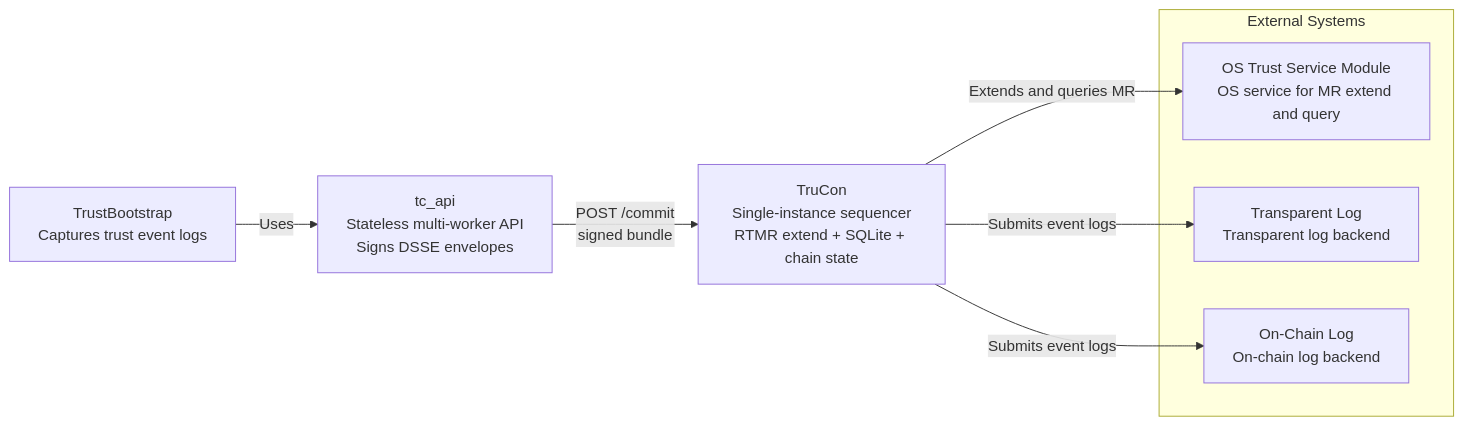
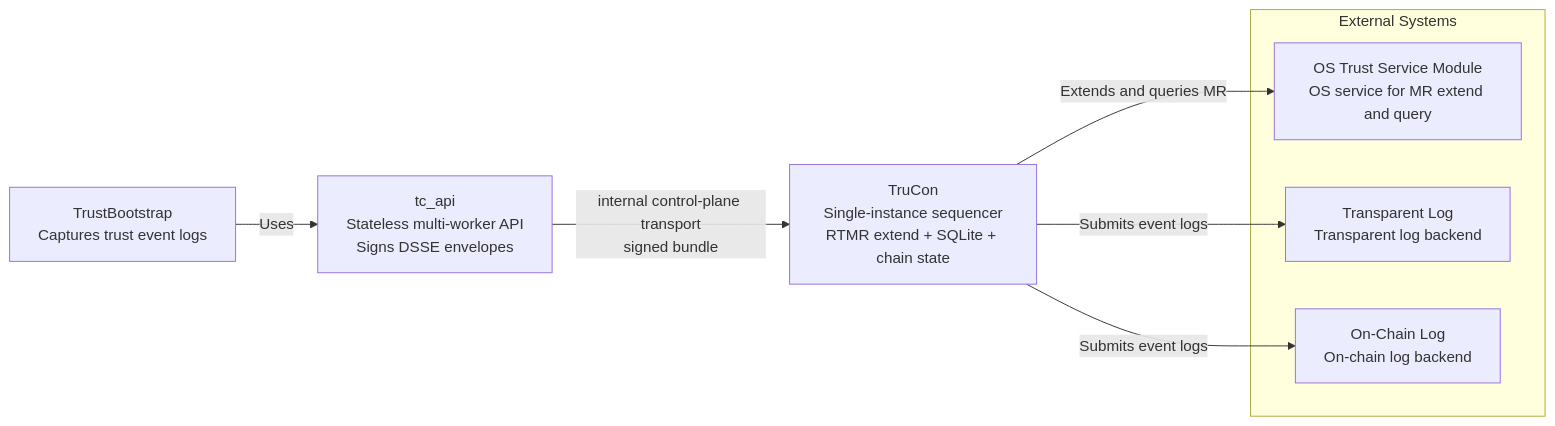
Before and after one commit to intel/confidential-computing-zoo: the first of 7 diagrams in docs/trusted-log/architecture.md, drawn with Mermaid. The commit also changed other lines of this file and 25 other files, not shown here.

````diff
--- a/docs/trusted-log/architecture.md
+++ b/docs/trusted-log/architecture.md
@@ -31,18 +31,18 @@
 ```mermaid
 flowchart LR
     TrustBootstrap["TrustBootstrap<br/>Captures trust event logs"]
     TcApi["tc_api<br/>Stateless multi-worker API<br/>Signs DSSE envelopes"]
     TrustApi["TruCon<br/>Single-instance sequencer<br/>RTMR extend + SQLite + chain state"]
 
     subgraph ExternalSystems[External Systems]
         OSTSM["OS Trust Service Module<br/>OS service for MR extend and query"]
         TransparentLog["Transparent Log<br/>Transparent log backend"]
         OnChainLog["On-Chain Log<br/>On-chain log backend"]
     end
 
     TrustBootstrap -->|Uses| TcApi
-    TcApi -->|POST /commit<br/>signed bundle| TrustApi
+    TcApi -->|internal control-plane transport<br/>signed bundle| TrustApi
     TrustApi -->|Extends and queries MR| OSTSM
     TrustApi -->|Submits event logs| TransparentLog
     TrustApi -->|Submits event logs| OnChainLog
 ```
````
